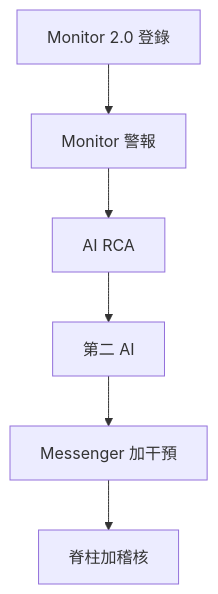
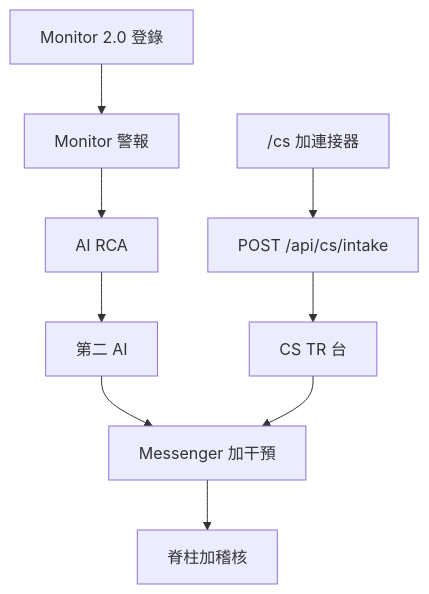
One commit to hxyan2020/PRD changed the third of 8 diagrams in platform/docs/TSD.zh-Hant.md. Above: the diagram before and after it, drawn with Mermaid. The commit also changed other lines of this file and 9 other files, not shown here.

First line of the commit message:
Enrich the TSD with CS/TR schema, intake, wait loop, and catalog.

````diff
--- a/platform/docs/TSD.zh-Hant.md
+++ b/platform/docs/TSD.zh-Hant.md
@@ -89,8 +96,11 @@
 ```mermaid
 graph TD
   M2[Monitor 2.0 登錄] --> Alarm[Monitor 警報]
   Alarm --> RCA[AI RCA]
   RCA --> Challenger[第二 AI]
   Challenger --> Messenger[Messenger 加干預]
   Messenger --> Spine[脊柱加稽核]
+  Portal["/cs 加連接器"] --> Intake[POST /api/cs/intake]
+  Intake --> Desk[CS TR 台]
+  Desk --> Messenger
 ```
````
